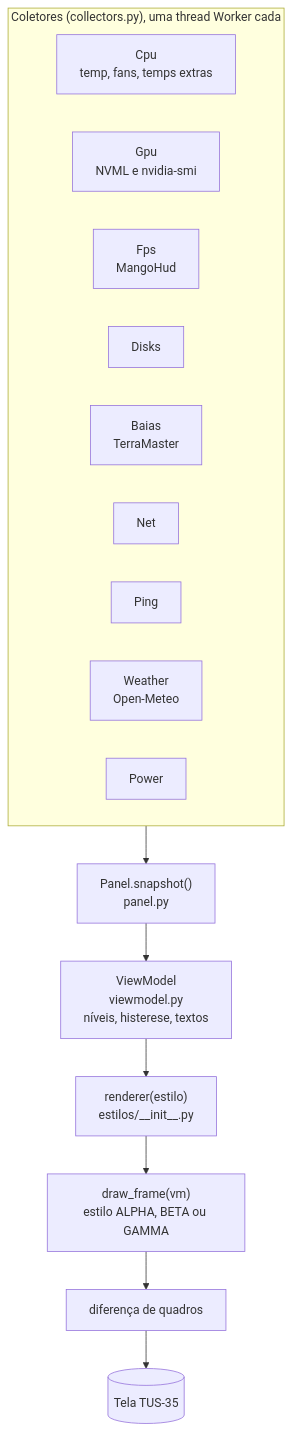
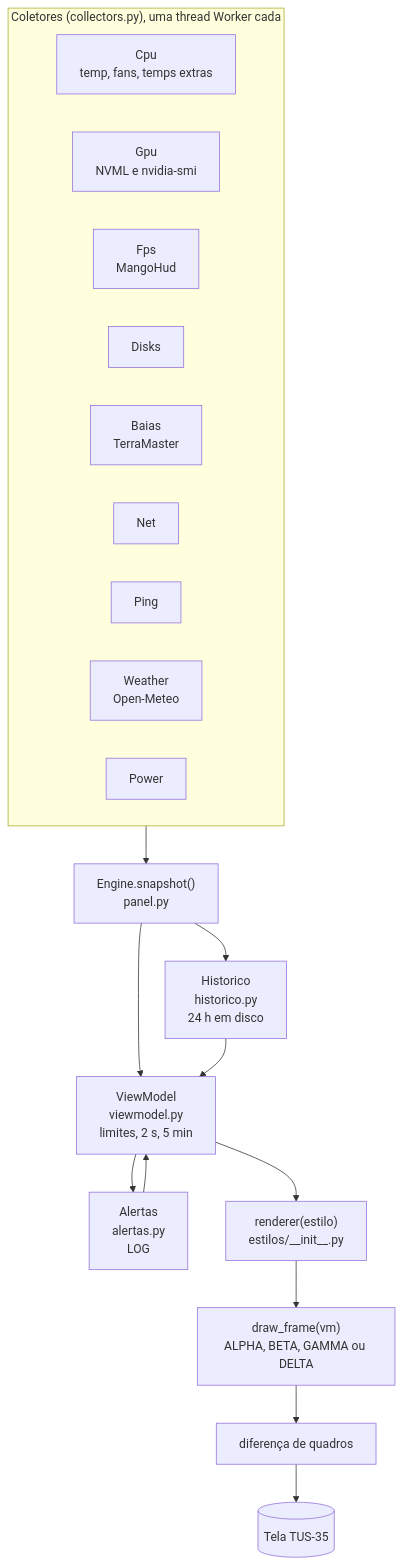
The diagram in docs/arquitetura.md (lstavares84/turzx), drawn with Mermaid before and after one commit. The commit also changed other lines of this file and 14 other files, not shown here.

````diff
--- a/docs/arquitetura.md
+++ b/docs/arquitetura.md
@@ -11,20 +12,24 @@
 ```mermaid
 flowchart TB
     subgraph Coleta["Coletores (collectors.py), uma thread Worker cada"]
         CPU[Cpu<br>temp, fans, temps extras]
         GPU[Gpu<br>NVML e nvidia-smi]
         FPS[Fps<br>MangoHud]
         DSK[Disks]
         BAI[Baias<br>TerraMaster]
         NET[Net]
         PNG[Ping]
         WEA[Weather<br>Open-Meteo]
         PWR[Power]
     end
-    Coleta --> P["Panel.snapshot()<br>panel.py"]
-    P --> VM["ViewModel<br>viewmodel.py<br>níveis, histerese, textos"]
+    Coleta --> P["Engine.snapshot()<br>panel.py"]
+    P --> H["Historico<br>historico.py<br>24 h em disco"]
+    P --> VM["ViewModel<br>viewmodel.py<br>limites, 2 s, 5 min"]
+    H --> VM
+    VM --> A["Alertas<br>alertas.py<br>LOG"]
+    A --> VM
     VM --> R["renderer(estilo)<br>estilos/__init__.py"]
-    R --> S["draw_frame(vm)<br>estilo ALPHA, BETA ou GAMMA"]
+    R --> S["draw_frame(vm)<br>ALPHA, BETA, GAMMA ou DELTA"]
     S --> D[diferença de quadros]
     D --> T[(Tela TUS-35)]
 ```
````
